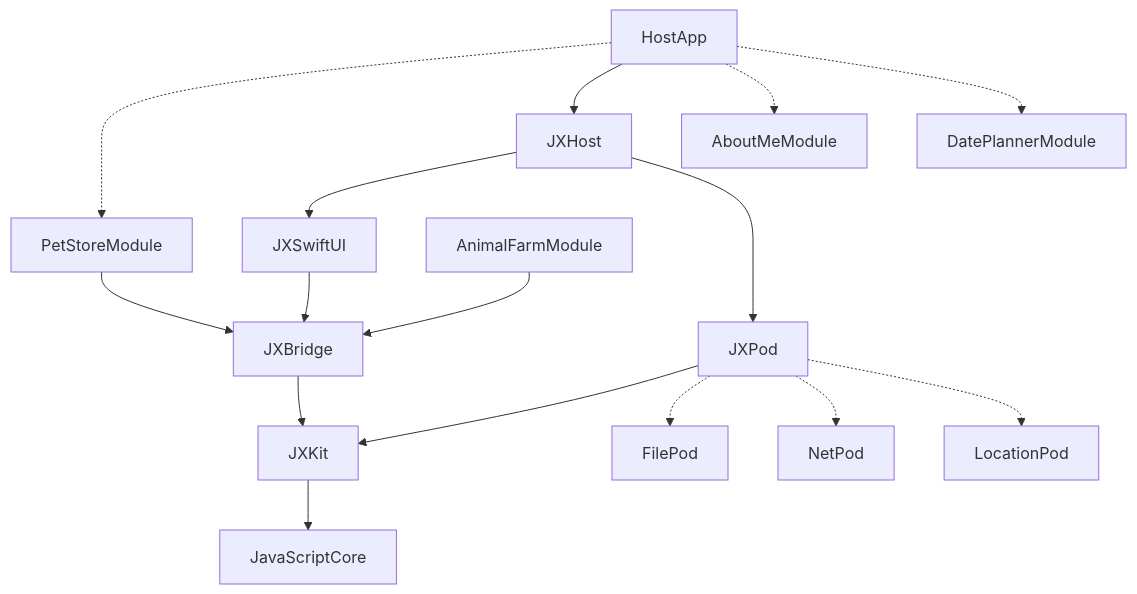
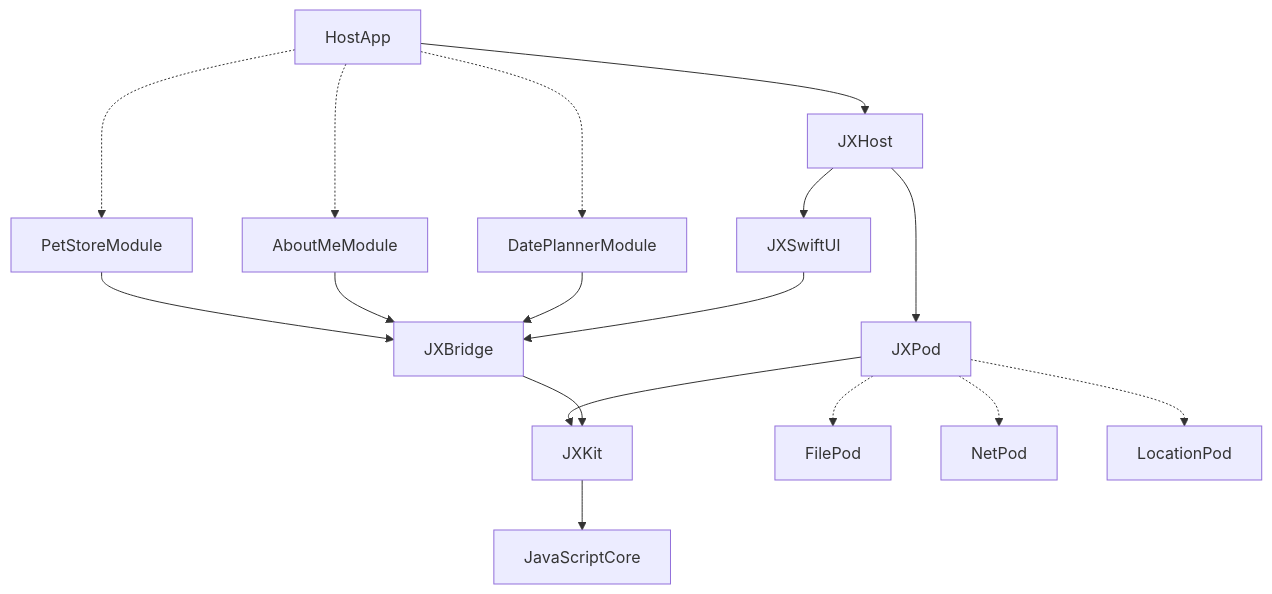
Before and after one commit to jectivex/JXHost: the diagram in README.md, drawn with Mermaid.

````diff
--- a/README.md
+++ b/README.md
@@ -3,19 +3,20 @@
 ```mermaid
 flowchart TB
     HostApp -.-> PetStoreModule
     HostApp --> JXHost
     PetStoreModule --> JXBridge
     JXHost --> JXSwiftUI
     JXHost --> JXPod
     JXPod --> JXKit
     JXPod -.-> FilePod
     JXPod -.-> NetPod
     JXPod -.-> LocationPod
     HostApp -.-> AboutMeModule
     HostApp -.-> DatePlannerModule
-    AnimalFarmModule --> JXBridge
+    AboutMeModule --> JXBridge
+    DatePlannerModule --> JXBridge
     JXSwiftUI --> JXBridge
     JXBridge --> JXKit
     JXKit --> JavaScriptCore
 
 ```
````
